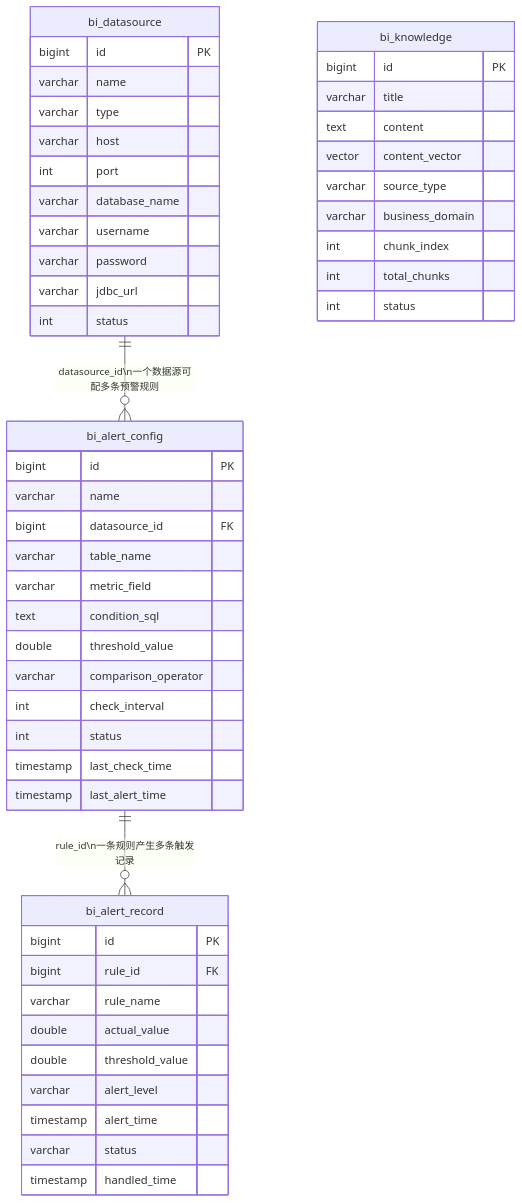
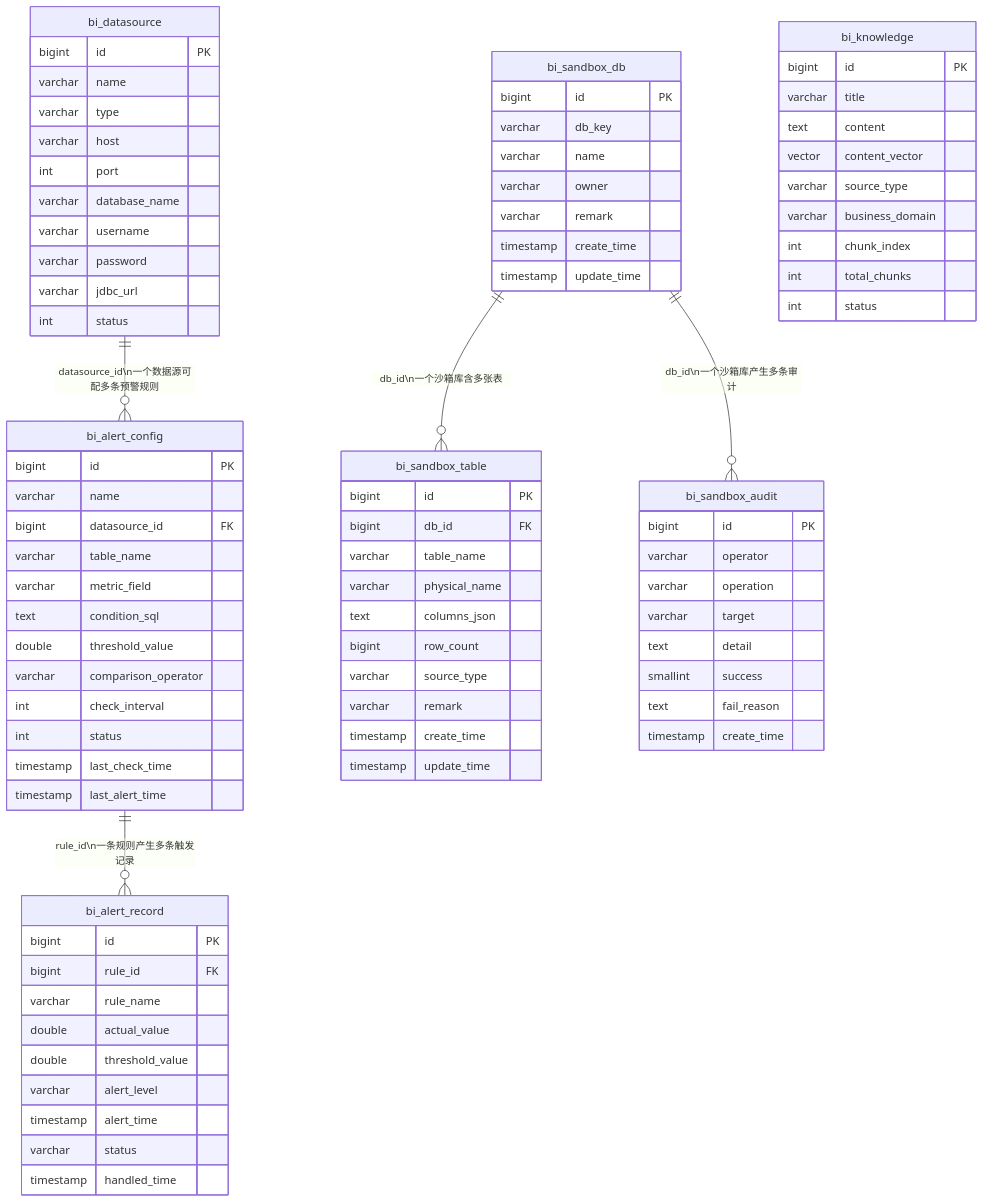
The diagram in docs/数据库设计说明书.md (WWD499/agent_bi), drawn with Mermaid before and after one commit. The commit also changed other lines of this file and 14 other files, not shown here.

````diff
--- a/docs/数据库设计说明书.md
+++ b/docs/数据库设计说明书.md
@@ -228,6 +289,8 @@
 erDiagram
     bi_datasource ||--o{ bi_alert_config : "datasource_id\n一个数据源可配多条预警规则"
     bi_alert_config ||--o{ bi_alert_record : "rule_id\n一条规则产生多条触发记录"
+    bi_sandbox_db ||--o{ bi_sandbox_table : "db_id\n一个沙箱库含多张表"
+    bi_sandbox_db ||--o{ bi_sandbox_audit : "db_id\n一个沙箱库产生多条审计"
 
     bi_datasource {
         bigint id PK
@@ -280,4 +343,38 @@
         varchar status
         timestamp handled_time
     }
+
+    bi_sandbox_db {
+        bigint id PK
+        varchar db_key
+        varchar name
+        varchar owner
+        varchar remark
+        timestamp create_time
+        timestamp update_time
+    }
+
+    bi_sandbox_table {
+        bigint id PK
+        bigint db_id FK
+        varchar table_name
+        varchar physical_name
+        text columns_json
+        bigint row_count
+        varchar source_type
+        varchar remark
+        timestamp create_time
+        timestamp update_time
+    }
+
+    bi_sandbox_audit {
+        bigint id PK
+        varchar operator
+        varchar operation
+        varchar target
+        text detail
+        smallint success
+        text fail_reason
+        timestamp create_time
+    }
 ```
````
